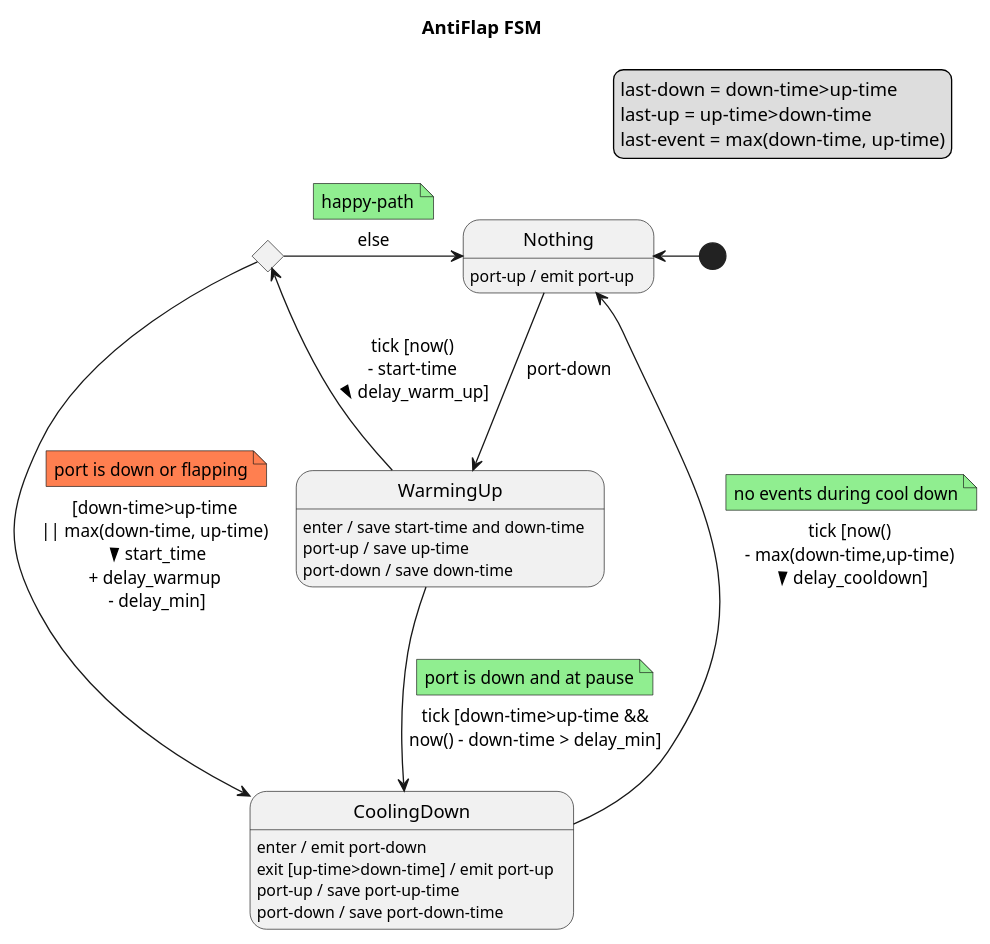
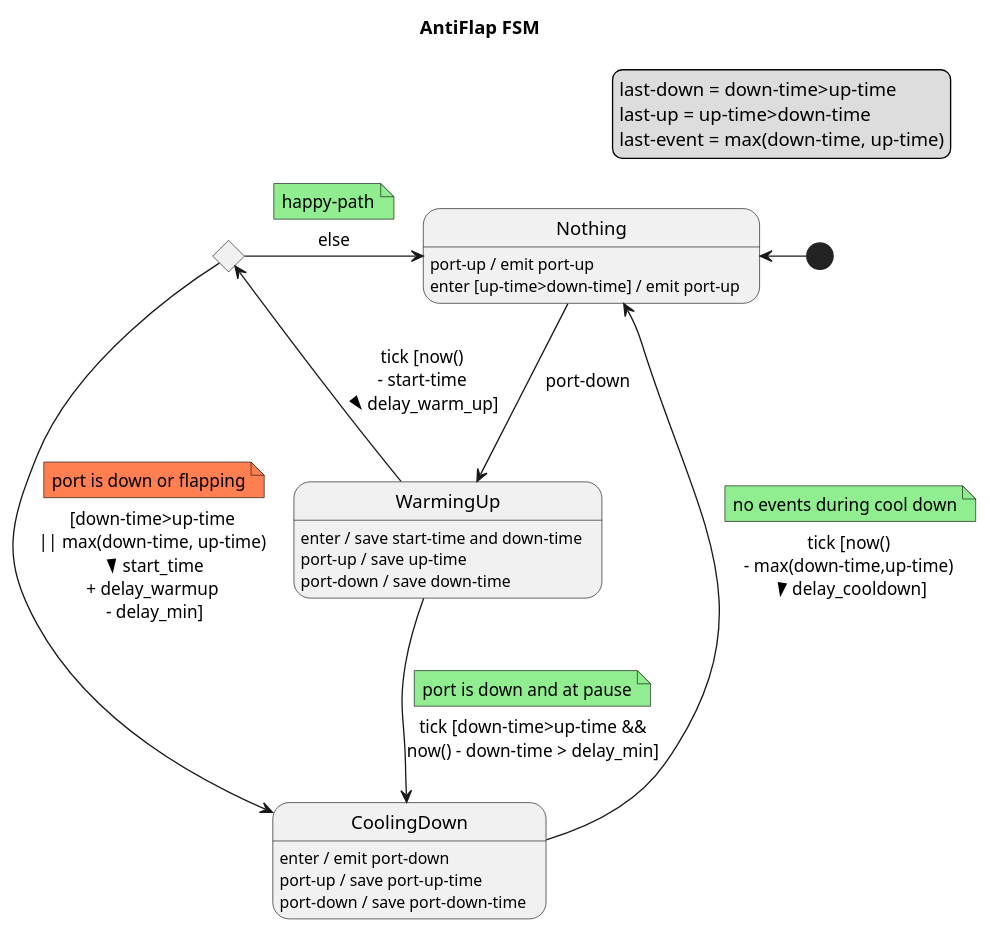
The diagram in docs/design/network-discovery/AF-FSM.puml (telstra/open-kilda), drawn with PlantUML before and after one commit. The commit also changed 3 other files, not shown here.

```diff
--- a/docs/design/network-discovery/AF-FSM.puml
+++ b/docs/design/network-discovery/AF-FSM.puml
@@ -11,33 +11,33 @@
 @startuml
 title AntiFlap FSM
 legend top right
     last-down = down-time>up-time
     last-up = up-time>down-time
     last-event = max(down-time, up-time)
 endlegend
 
 [*] -l-> Nothing
 state WarmingUpEnded <<choice>>
 
 Nothing : port-up / emit port-up
+Nothing: enter [up-time>down-time] / emit port-up
 Nothing -d-> WarmingUp : port-down
 
 WarmingUp: enter / save start-time and down-time
 WarmingUp: port-up / save up-time
 WarmingUp: port-down / save down-time
 WarmingUp -d-> CoolingDown : tick [down-time>up-time &&\nnow() - down-time > delay_min]
 note top on link #lightgreen: port is down and at pause
 WarmingUp -l-> WarmingUpEnded : tick [now() \n- start-time \n> delay_warm_up]
 
 WarmingUpEnded -> CoolingDown : [down-time>up-time \n|| max(down-time, up-time) \n> start_time \n+ delay_warmup \n- delay_min]
 note top on link #coral: port is down or flapping
 WarmingUpEnded -> Nothing : else
 note top on link #lightgreen: happy-path
 
 CoolingDown: enter / emit port-down
-CoolingDown: exit [up-time>down-time] / emit port-up
 CoolingDown: port-up / save port-up-time
 CoolingDown: port-down / save port-down-time
 CoolingDown -u-> Nothing : tick [now() \n- max(down-time,up-time) \n> delay_cooldown]
 note top on link #lightgreen: no events during cool down
 @enduml
```
